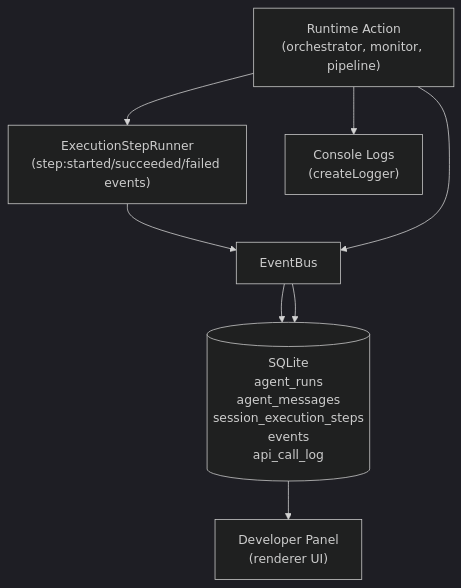
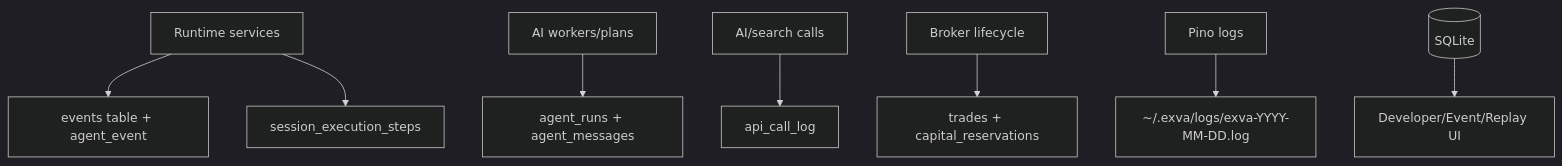
Diagram 16 of 16 in docs/architecture/ai-runtime.md (KennethAtchon/Exva), drawn with Mermaid (dark theme) before and after one commit. The commit also changed other lines of this file and 42 other files, not shown here.

````diff
--- a/docs/architecture/ai-runtime.md
+++ b/docs/architecture/ai-runtime.md
@@ -748,14 +597,10 @@
 ```mermaid
 graph TD
-    Runtime["Runtime Action\n(orchestrator, monitor, pipeline)"]
-    ESR["ExecutionStepRunner\n(step:started/succeeded/failed events)"]
-    EB["EventBus"]
-    DB[("SQLite\nagent_runs\nagent_messages\nsession_execution_steps\nevents\napi_call_log")]
-    DevPanel["Developer Panel\n(renderer UI)"]
-    Logs["Console Logs\n(createLogger)"]
-
-    Runtime --> ESR --> EB --> DB
-    Runtime --> EB --> DB
-    Runtime --> Logs
-    DB --> DevPanel
+    Runtime["Runtime services"] --> Events["events table + agent_event"]
+    Runtime --> Steps["session_execution_steps"]
+    AI["AI workers/plans"] --> Runs["agent_runs + agent_messages"]
+    External["AI/search calls"] --> Calls["api_call_log"]
+    Broker["Broker lifecycle"] --> Trades["trades + capital_reservations"]
+    Logs["Pino logs"] --> Files["~/.exva/logs/exva-YYYY-MM-DD.log"]
+    DB[("SQLite")] --> Dev["Developer/Event/Replay UI"]
 ```
````
